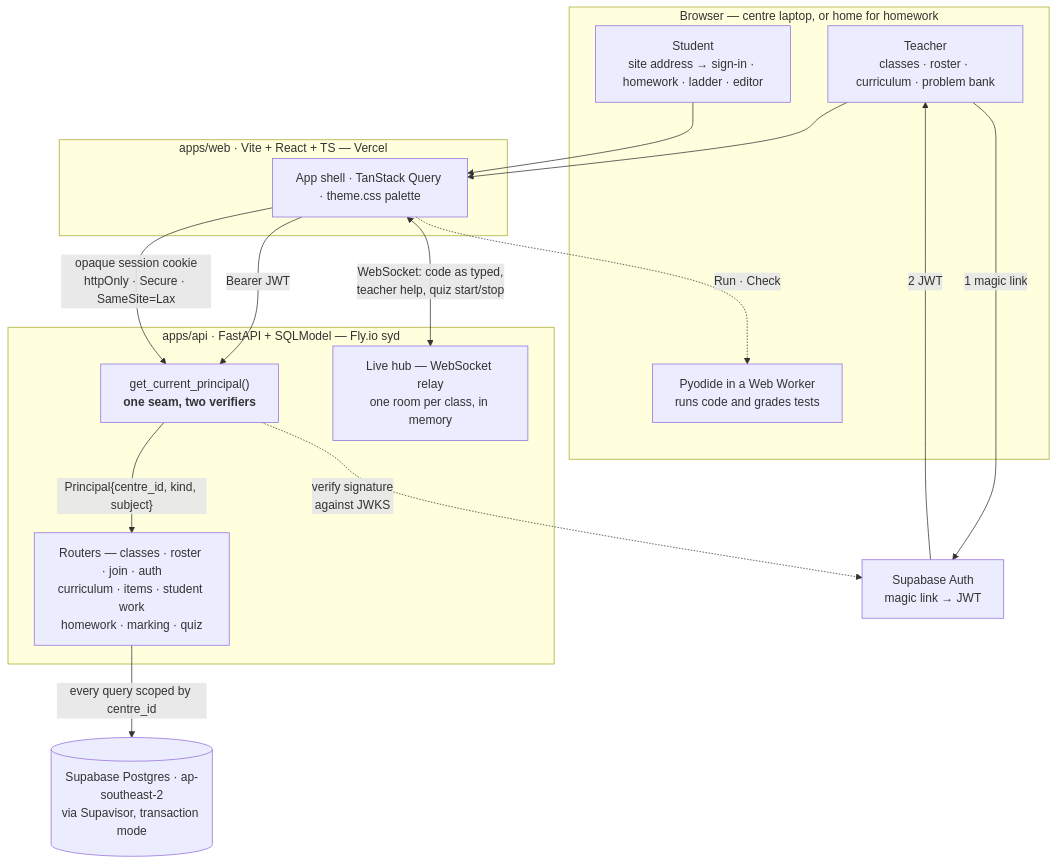
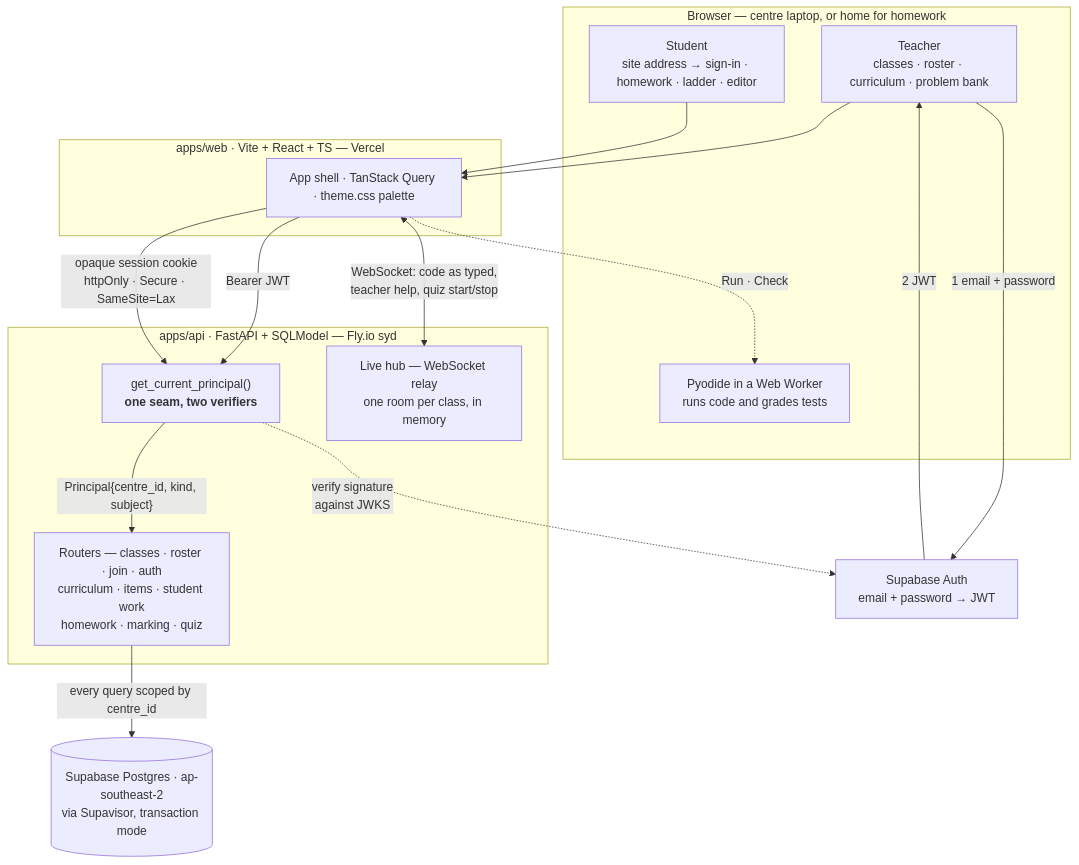
The first of 2 diagrams in README.md (ryuken101/yogucode), drawn with Mermaid before and after one commit. The commit also changed other lines of this file and 35 other files, not shown here.

````diff
--- a/README.md
+++ b/README.md
@@ -29,33 +29,33 @@
 ```mermaid
 flowchart TB
     subgraph browser["Browser — centre laptop, or home for homework"]
         teacher["Teacher<br/>classes · roster · curriculum · problem bank"]
         student["Student<br/>site address → sign-in · homework · ladder · editor"]
         pyodide["Pyodide in a Web Worker<br/>runs code and grades tests"]
     end
 
     subgraph webapp["apps/web · Vite + React + TS — Vercel"]
         shell["App shell · TanStack Query · theme.css palette"]
     end
 
     subgraph apisvc["apps/api · FastAPI + SQLModel — Fly.io syd"]
         seam["get_current_principal()<br/><b>one seam, two verifiers</b>"]
         routes["Routers — classes · roster · join · auth<br/>curriculum · items · student work<br/>homework · marking · quiz"]
         hub["Live hub — WebSocket relay<br/>one room per class, in memory"]
     end
 
-    auth["Supabase Auth<br/>magic link → JWT"]
+    auth["Supabase Auth<br/>email + password → JWT"]
     db[("Supabase Postgres · ap-southeast-2<br/>via Supavisor, transaction mode")]
 
-    teacher -- "1 magic link" --> auth
+    teacher -- "1 email + password" --> auth
     auth -- "2 JWT" --> teacher
     teacher --> shell
     student --> shell
     shell -. "Run · Check" .-> pyodide
     shell <-- "WebSocket: code as typed,<br/>teacher help, quiz start/stop" --> hub
     shell -- "Bearer JWT" --> seam
     shell -- "opaque session cookie<br/>httpOnly · Secure · SameSite=Lax" --> seam
     seam -. "verify signature<br/>against JWKS" .-> auth
     seam -- "Principal{centre_id, kind, subject}" --> routes
     routes -- "every query scoped by centre_id" --> db
 ```
````
